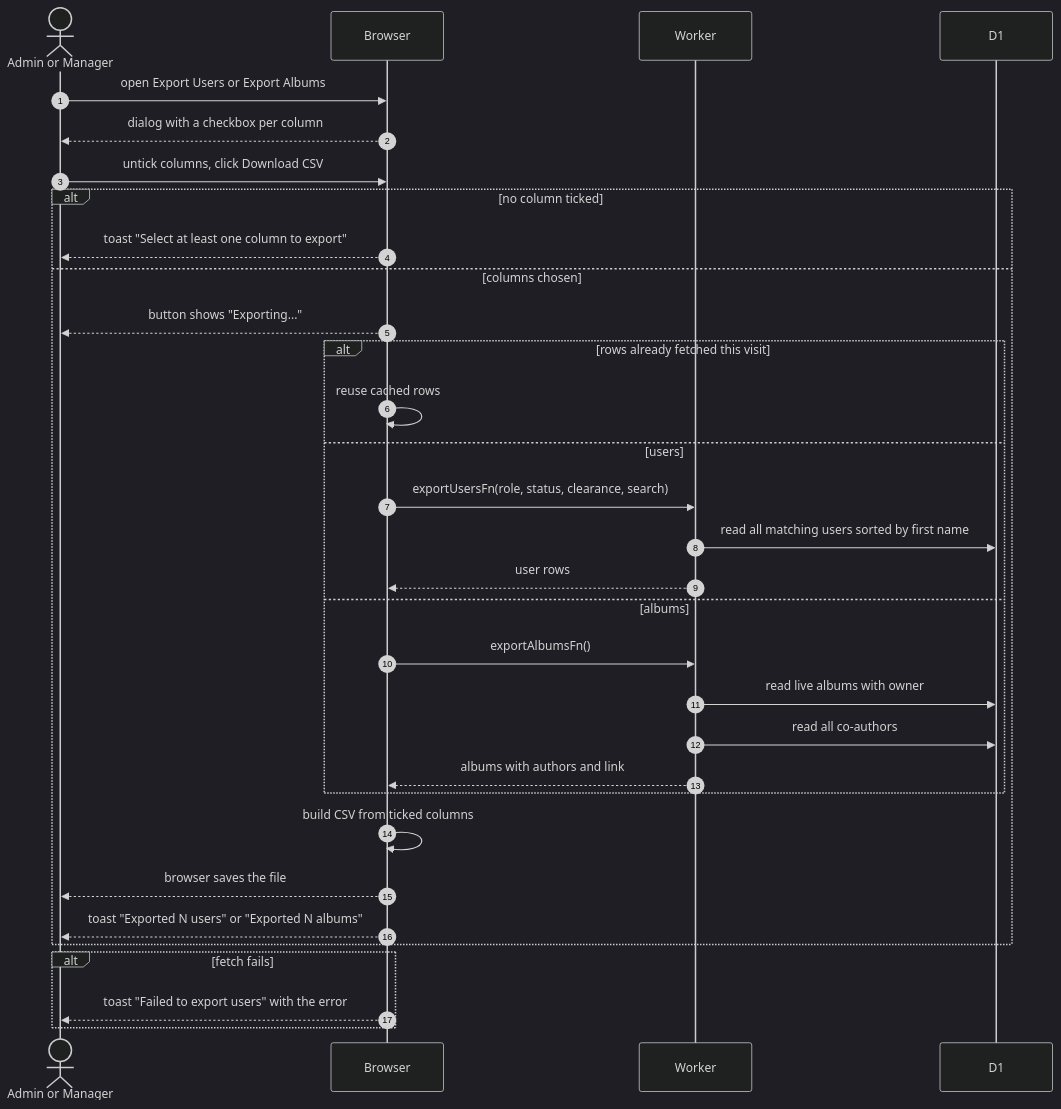
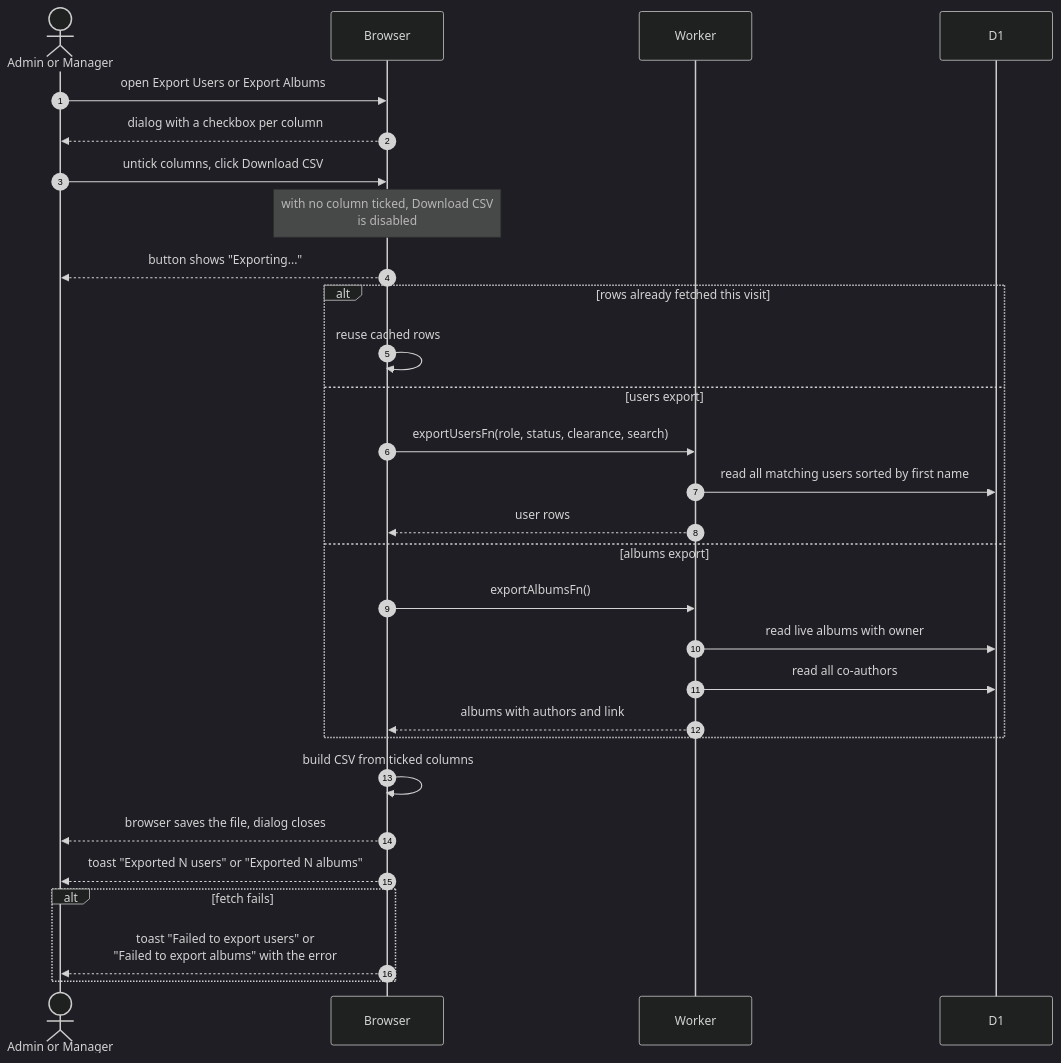
The diagram in docs/scenarios/admin/export-csv.md (sagyzdop/meriksirat), drawn with Mermaid (dark theme) before and after one commit. The commit also changed other lines of this file and 24 other files, not shown here.

Commit message:
docs(scenarios): verify admin diagrams against the code

````diff
--- a/docs/scenarios/admin/export-csv.md
+++ b/docs/scenarios/admin/export-csv.md
@@ -15,35 +15,32 @@
 ```mermaid
 sequenceDiagram
     autonumber
     actor Person as Admin or Manager
     participant Browser
     participant Worker
     participant D1
 
     Person->>Browser: open Export Users or Export Albums
     Browser-->>Person: dialog with a checkbox per column
     Person->>Browser: untick columns, click Download CSV
-    alt no column ticked
-        Browser-->>Person: toast "Select at least one column to export"
-    else columns chosen
-        Browser-->>Person: button shows "Exporting..."
-        alt rows already fetched this visit
-            Browser->>Browser: reuse cached rows
-        else users
-            Browser->>Worker: exportUsersFn(role, status, clearance, search)
-            Worker->>D1: read all matching users sorted by first name
-            Worker-->>Browser: user rows
-        else albums
-            Browser->>Worker: exportAlbumsFn()
-            Worker->>D1: read live albums with owner
-            Worker->>D1: read all co-authors
-            Worker-->>Browser: albums with authors and link
-        end
-        Browser->>Browser: build CSV from ticked columns
-        Browser-->>Person: browser saves the file
-        Browser-->>Person: toast "Exported N users" or "Exported N albums"
+    Note over Browser: with no column ticked, Download CSV<br/>is disabled
+    Browser-->>Person: button shows "Exporting..."
+    alt rows already fetched this visit
+        Browser->>Browser: reuse cached rows
+    else users export
+        Browser->>Worker: exportUsersFn(role, status, clearance, search)
+        Worker->>D1: read all matching users sorted by first name
+        Worker-->>Browser: user rows
+    else albums export
+        Browser->>Worker: exportAlbumsFn()
+        Worker->>D1: read live albums with owner
+        Worker->>D1: read all co-authors
+        Worker-->>Browser: albums with authors and link
     end
+    Browser->>Browser: build CSV from ticked columns
+    Browser-->>Person: browser saves the file, dialog closes
+    Browser-->>Person: toast "Exported N users" or "Exported N albums"
     alt fetch fails
-        Browser-->>Person: toast "Failed to export users" with the error
+        Browser-->>Person: toast "Failed to export users" or<br/>"Failed to export albums" with the error
     end
 ```
````
